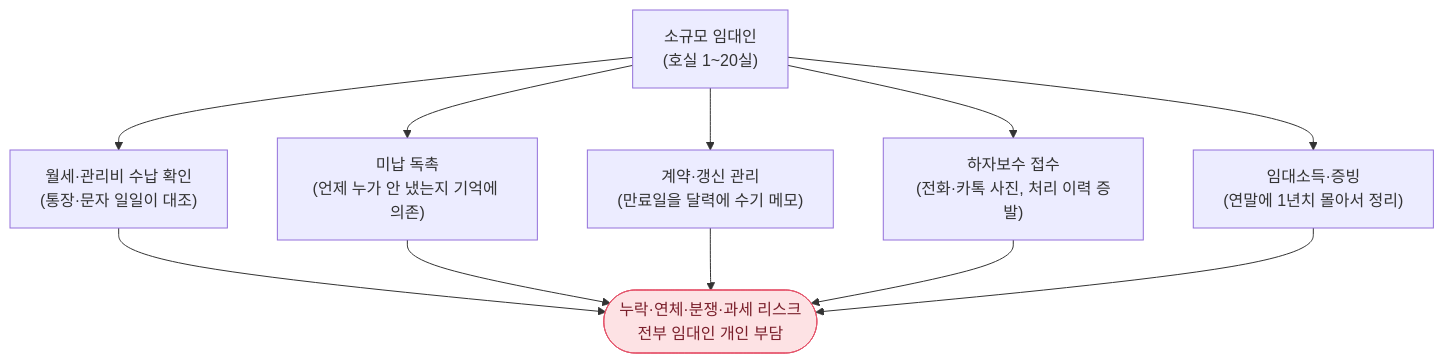
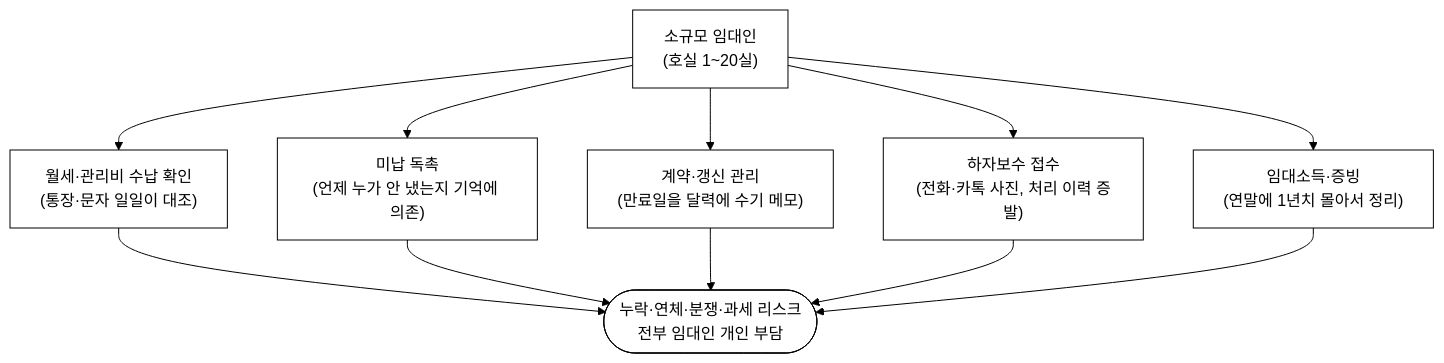
The first of 8 diagrams in 2026-saas-rental-manager/biz/1_제안서.md (iamywl/k_startup_spare), drawn with Mermaid before and after one commit. The commit also changed other lines of this file and 3 other files, not shown here.

````diff
--- a/2026-saas-rental-manager/biz/1_제안서.md
+++ b/2026-saas-rental-manager/biz/1_제안서.md
@@ -29,12 +29,11 @@
 ```mermaid
+%%{init: {'theme':'base','themeVariables':{'background':'#ffffff','primaryColor':'#ffffff','primaryBorderColor':'#000000','primaryTextColor':'#000000','secondaryColor':'#ffffff','secondaryBorderColor':'#000000','secondaryTextColor':'#000000','tertiaryColor':'#ffffff','tertiaryBorderColor':'#000000','tertiaryTextColor':'#000000','mainBkg':'#ffffff','secondBkg':'#ffffff','lineColor':'#000000','textColor':'#000000','clusterBkg':'#ffffff','clusterBorder':'#000000','edgeLabelBackground':'#ffffff','actorBkg':'#ffffff','actorBorder':'#000000','noteBkgColor':'#ffffff','noteBorderColor':'#000000','signalColor':'#000000','signalTextColor':'#000000','fontFamily':'Georgia, serif'}}}%%
 flowchart TD
     L["소규모 임대인<br/>(호실 1~20실)"]
     L --> A["월세·관리비 수납 확인<br/>(통장·문자 일일이 대조)"]
     L --> B["미납 독촉<br/>(언제 누가 안 냈는지 기억에 의존)"]
     L --> C["계약·갱신 관리<br/>(만료일을 달력에 수기 메모)"]
     L --> D["하자보수 접수<br/>(전화·카톡 사진, 처리 이력 증발)"]
     L --> E["임대소득·증빙<br/>(연말에 1년치 몰아서 정리)"]
     A & B & C & D & E --> X(["누락·연체·분쟁·과세 리스크<br/>전부 임대인 개인 부담"])
-    classDef risk fill:#fde2e4,stroke:#e5536a,color:#7a1f2b;
-    class X risk;
 ```
````
